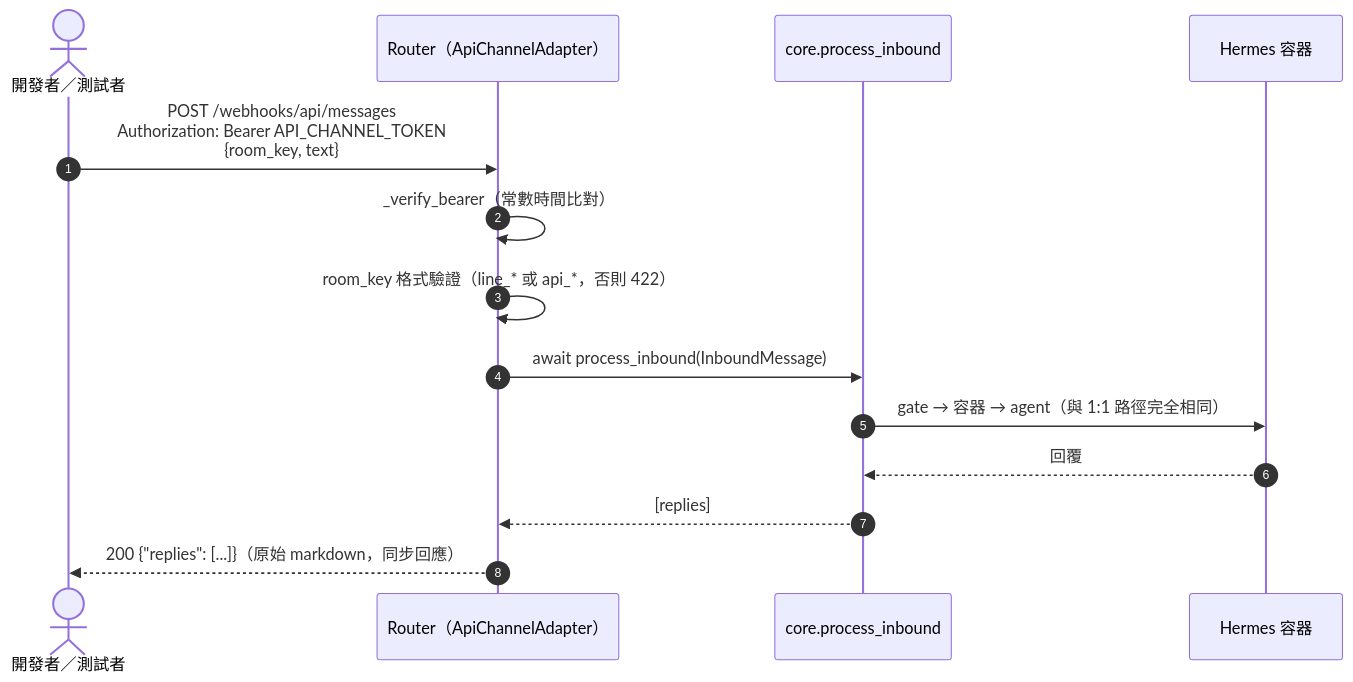
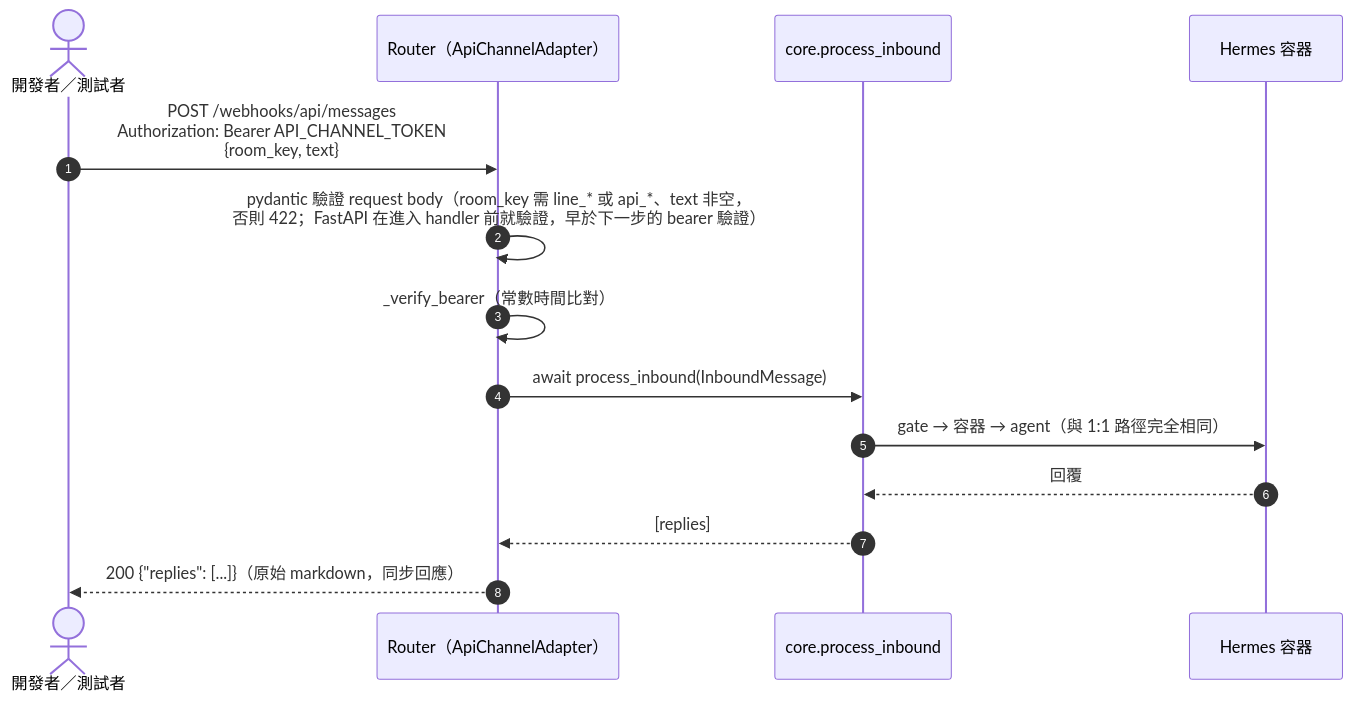
Before and after one commit to marychouchou/alice-office: the eighth of 9 diagrams in docs/sequence-diagrams.md, drawn with Mermaid. The commit also changed other lines of this file and 4 other files, not shown here.

````diff
--- a/docs/sequence-diagrams.md
+++ b/docs/sequence-diagrams.md
@@ -289,17 +289,17 @@
 ```mermaid
 sequenceDiagram
     autonumber
     actor Dev as 開發者／測試者
     participant R as Router（ApiChannelAdapter）
     participant C as core.process_inbound
     participant H as Hermes 容器
 
     Dev->>R: POST /webhooks/api/messages<br/>Authorization: Bearer API_CHANNEL_TOKEN<br/>{room_key, text}
+    R->>R: pydantic 驗證 request body（room_key 需 line_* 或 api_*、text 非空，<br/>否則 422；FastAPI 在進入 handler 前就驗證，早於下一步的 bearer 驗證）
     R->>R: _verify_bearer（常數時間比對）
-    R->>R: room_key 格式驗證（line_* 或 api_*，否則 422）
     R->>C: await process_inbound(InboundMessage)
     C->>H: gate → 容器 → agent（與 1:1 路徑完全相同）
     H-->>C: 回覆
     C-->>R: [replies]
     R-->>Dev: 200 {"replies": [...]}（原始 markdown，同步回應）
 ```
````
